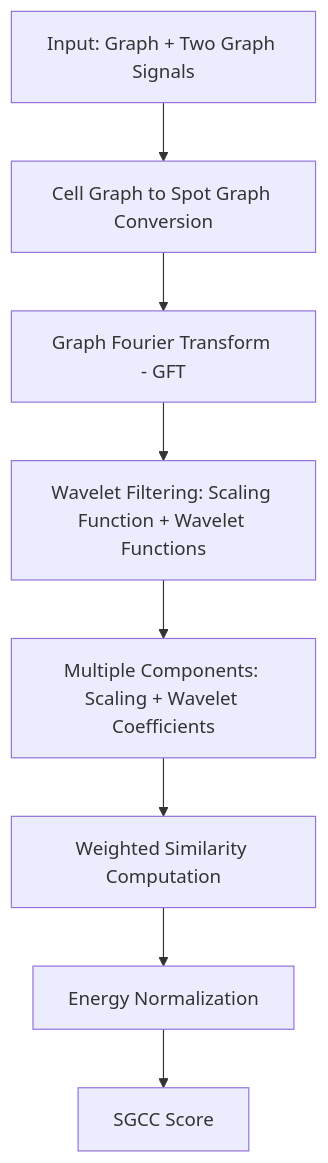
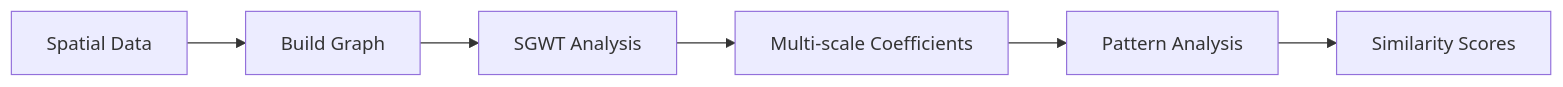
Before and after one commit to BMEngineeR/BioGSP: the diagram in README.md, drawn with Mermaid. The commit also changed other lines of this file and 1 other file, not shown here.

````diff
--- a/README.md
+++ b/README.md
@@ -190,10 +29,8 @@
 ```mermaid
-graph TD
-    A[Input: Graph + Two Graph Signals] --> B[Cell Graph to Spot Graph Conversion]
-    B --> C[Graph Fourier Transform - GFT]
-    C --> D[Wavelet Filtering: Scaling Function + Wavelet Functions]
-    D --> E[Multiple Components: Scaling + Wavelet Coefficients]
-    E --> F[Weighted Similarity Computation]
-    F --> G[Energy Normalization]
-    G --> H[SGCC Score]
+graph LR
+    A[Spatial Data] --> B[Build Graph]
+    B --> C[SGWT Analysis]
+    C --> D[Multi-scale Coefficients]
+    D --> E[Pattern Analysis]
+    E --> F[Similarity Scores]
 ```
````
